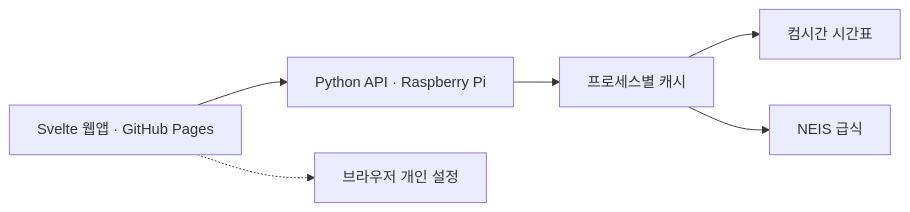
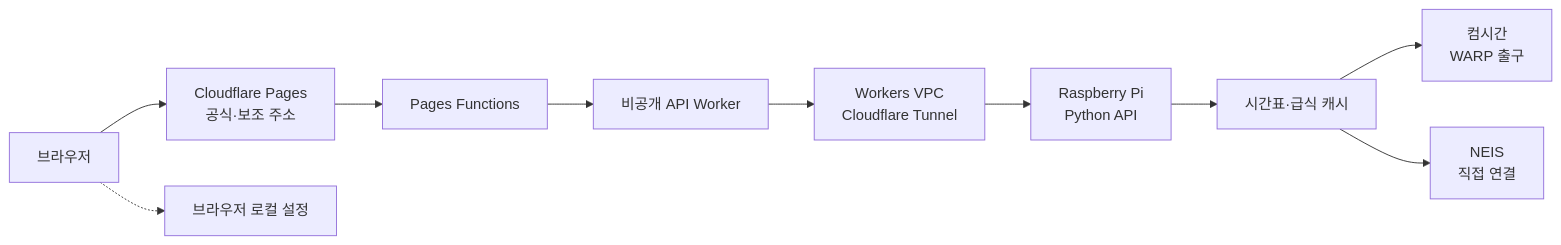
The diagram in README.md (Transient-Onlooker/opencigan), drawn with Mermaid before and after one commit. The commit also changed other lines of this file and 4 other files, not shown here.

Commit message:
docs: refresh README, service topology and roadmap diagrams

````diff
--- a/README.md
+++ b/README.md
@@ -21,15 +41,12 @@
 ```mermaid
 flowchart LR
-    Browser["Svelte 웹앱 · GitHub Pages"]
-    API["Python API · Raspberry Pi"]
-    Cache["프로세스별 캐시"]
-    Time["컴시간 시간표"]
-    Meal["NEIS 급식"]
-    Local["브라우저 개인 설정"]
-
-    Browser --> API
-    API --> Cache
-    Cache --> Time
-    Cache --> Meal
-    Browser -.-> Local
+    User["브라우저"] --> Pages["Cloudflare Pages<br/>공식·보조 주소"]
+    Pages --> Fn["Pages Functions"]
+    Fn --> Worker["비공개 API Worker"]
+    Worker --> VPC["Workers VPC<br/>Cloudflare Tunnel"]
+    VPC --> Pi["Raspberry Pi<br/>Python API"]
+    Pi --> Cache["시간표·급식 캐시"]
+    Cache --> Timetable["컴시간<br/>WARP 출구"]
+    Cache --> Meals["NEIS<br/>직접 연결"]
+    User -.-> Settings["브라우저 로컬 설정"]
 ```
````
